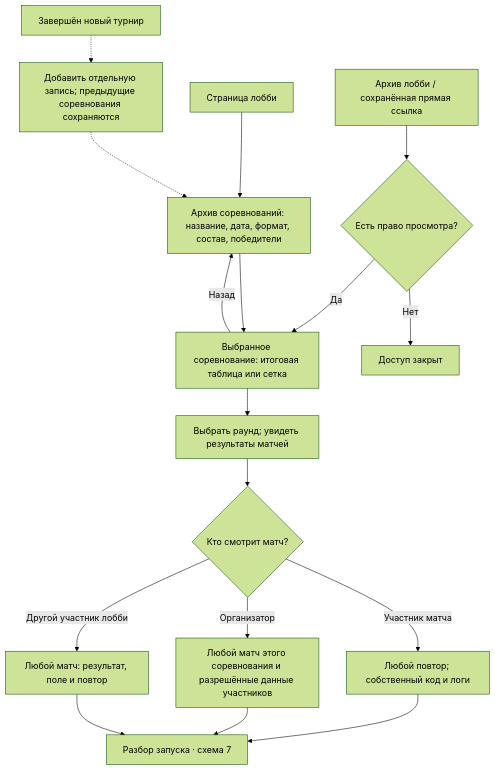
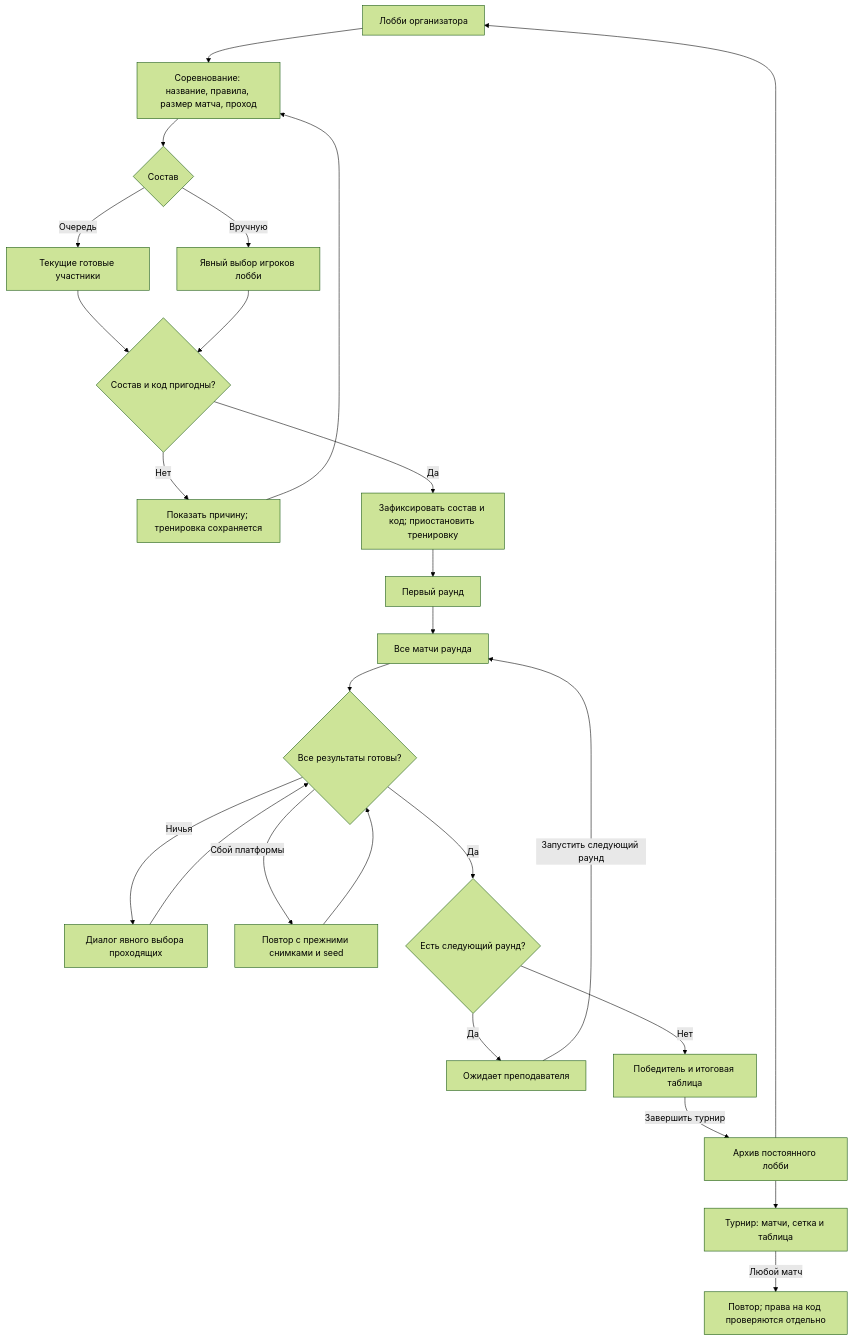
The fourth of 5 diagrams in docs/UX_GRAPH_V2.md (roctbb/ai-game-engine), drawn with Mermaid (forest theme) before and after one commit. The commit also changed other lines of this file and 40 other files, not shown here.

Commit message:
Finish Arena UX audit and viewer-driven bot matches

````diff
--- a/docs/UX_GRAPH_V2.md
+++ b/docs/UX_GRAPH_V2.md
@@ -390,19 +150,27 @@
 ```mermaid
 flowchart TD
-    LOBBY["Страница лобби"] --> ARCHIVE["Архив соревнований: название, дата, формат, состав, победители"]
-    HISTORY["Архив лобби / сохранённая прямая ссылка"] --> ACCESS{"Есть право просмотра?"}
-    ACCESS -->|"Да"| TOURNAMENT["Выбранное соревнование: итоговая таблица или сетка"]
-    ACCESS -->|"Нет"| DENIED["Доступ закрыт"]
-    ARCHIVE --> TOURNAMENT
-    TOURNAMENT --> ROUND["Выбрать раунд; увидеть результаты матчей"]
-    ROUND --> ROLE{"Кто смотрит матч?"}
-    ROLE -->|"Участник матча"| OWN["Любой повтор; собственный код и логи"]
-    ROLE -->|"Организатор"| ALL["Любой матч этого соревнования и разрешённые данные участников"]
-    ROLE -->|"Другой участник лобби"| SUMMARY["Любой матч: результат, поле и повтор"]
-    OWN --> REVIEW["Разбор запуска · схема 7"]
-    ALL --> REVIEW
-    SUMMARY --> REVIEW
-    TOURNAMENT -->|"Назад"| ARCHIVE
-    FINISH["Завершён новый турнир"] -.-> ADD["Добавить отдельную запись; предыдущие соревнования сохраняются"]
-    ADD -.-> ARCHIVE
+    LOBBY["Лобби организатора"] --> SETUP["Соревнование: название, правила, размер матча, проход"]
+    SETUP --> CHOICE{"Состав"}
+    CHOICE -->|Очередь| QUEUED["Текущие готовые участники"]
+    CHOICE -->|Вручную| PICK["Явный выбор игроков лобби"]
+    QUEUED --> VALIDATE{"Состав и код пригодны?"}
+    PICK --> VALIDATE
+    VALIDATE -->|Нет| CORRECT["Показать причину; тренировка сохраняется"]
+    CORRECT --> SETUP
+    VALIDATE -->|Да| FIX["Зафиксировать состав и код; приостановить тренировку"]
+    FIX --> FIRST["Первый раунд"]
+    FIRST --> MATCHES["Все матчи раунда"]
+    MATCHES --> OUTCOME{"Все результаты готовы?"}
+    OUTCOME -->|Ничья| TIE["Диалог явного выбора проходящих"]
+    TIE --> OUTCOME
+    OUTCOME -->|Сбой платформы| RETRY["Повтор с прежними снимками и seed"]
+    RETRY --> OUTCOME
+    OUTCOME -->|Да| NEXT{"Есть следующий раунд?"}
+    NEXT -->|Да| PAUSE["Ожидает преподавателя"]
+    PAUSE -->|Запустить следующий раунд| MATCHES
+    NEXT -->|Нет| WINNER["Победитель и итоговая таблица"]
+    WINNER -->|Завершить турнир| ARCHIVE["Архив постоянного лобби"]
+    ARCHIVE --> RESULTS["Турнир: матчи, сетка и таблица"]
+    RESULTS -->|Любой матч| REPLAY["Повтор; права на код проверяются отдельно"]
+    ARCHIVE --> LOBBY
 ```
````
